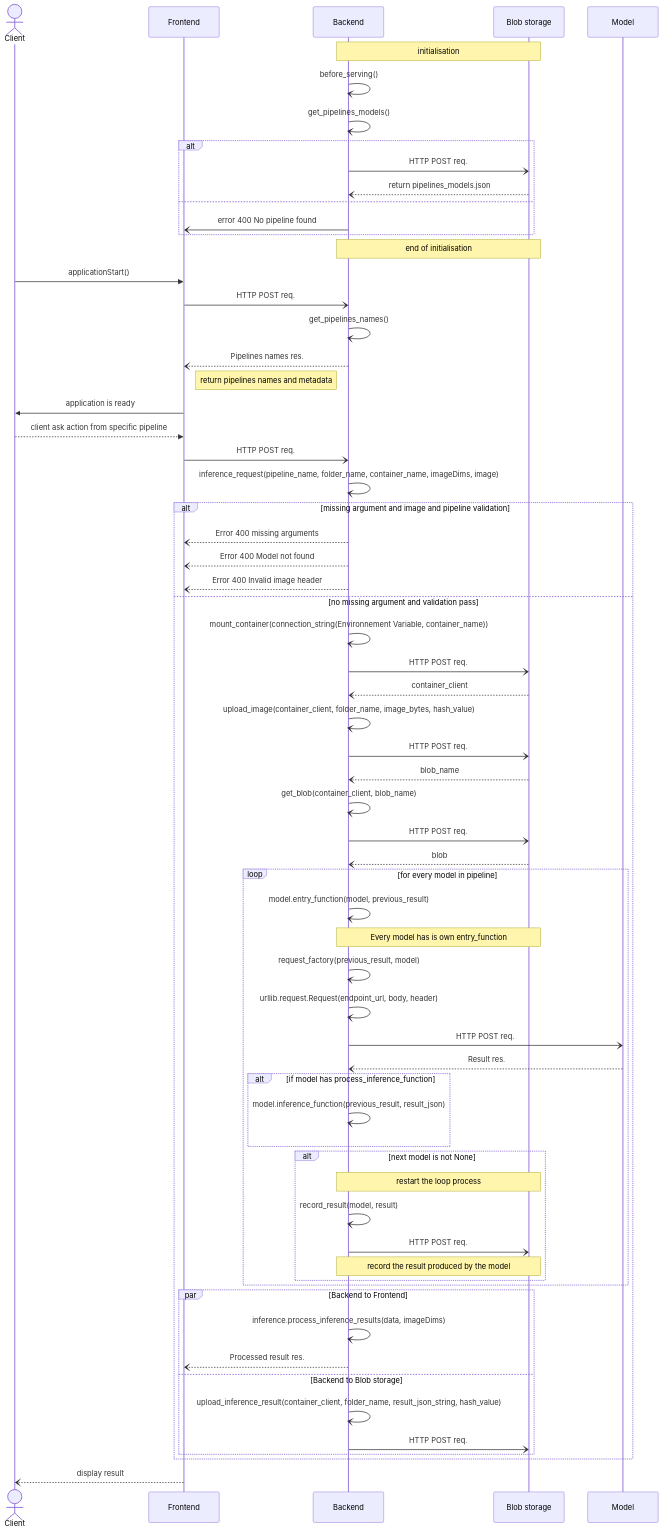
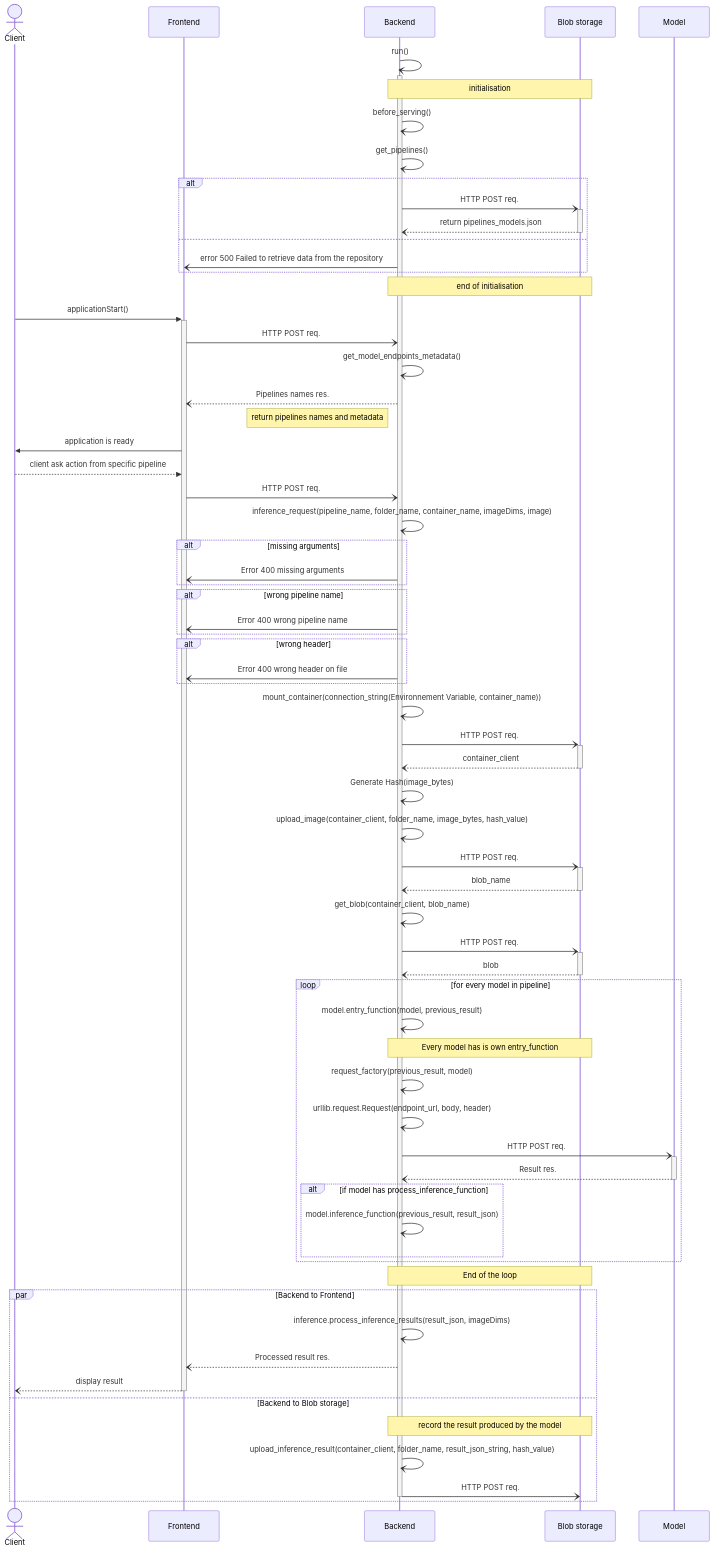
One commit to ai-cfia/nachet-backend changed the second of 2 diagrams in docs/nachet-inference-documentation.md. Above: the diagram before and after it, drawn with Mermaid. The commit also changed other lines of this file and 3 other files, not shown here.

First line of the commit message:
fixes #51: Update sequence diagram to reflect change in code

````diff
--- a/docs/nachet-inference-documentation.md
+++ b/docs/nachet-inference-documentation.md
@@ -59,76 +59,77 @@
 ```mermaid
 sequenceDiagram
 
     actor Client
     participant Frontend
     participant Backend
     participant Blob storage
     participant Model
 
+    Backend-)+Backend: run()
     Note over Backend,Blob storage: initialisation
     Backend-)Backend: before_serving()
-    Backend-)Backend: get_pipelines_models()
+    Backend-)Backend: get_pipelines()
     alt
-    Backend-)Blob storage: HTTP POST req.
-    Blob storage--)Backend: return pipelines_models.json
+    Backend-)+Blob storage: HTTP POST req.
+    Blob storage--)-Backend: return pipelines_models.json
     else
-    Backend-)Frontend: error 400 No pipeline found
+    Backend-)Frontend: error 500 Failed to retrieve data from the repository
     end
     Note over Backend,Blob storage: end of initialisation
    
-    Client->>Frontend: applicationStart()
+    Client->>+Frontend: applicationStart()
     Frontend-)Backend: HTTP POST req.
-    Backend-)Backend: get_pipelines_names()
+    Backend-)Backend: get_model_endpoints_metadata()
     Backend--)Frontend: Pipelines names res.
     Note left of Backend: return pipelines names and metadata
 
     Frontend->>Client: application is ready
     Client-->>Frontend: client ask action from specific pipeline
     Frontend-)Backend: HTTP POST req.
     Backend-)Backend: inference_request(pipeline_name, folder_name, container_name, imageDims, image)
-    alt missing argument and image and pipeline validation
-        Backend--)Frontend: Error 400 missing arguments
-        Backend--)Frontend: Error 400 Model not found
-        Backend--)Frontend: Error 400 Invalid image header
-    else no missing argument and validation pass
-        Backend-)Backend: mount_container(connection_string(Environnement Variable, container_name))
-        Backend-)Blob storage: HTTP POST req.
-        Blob storage--)Backend: container_client
-        
-        Backend-)Backend: upload_image(container_client, folder_name, image_bytes, hash_value)
-        Backend-)Blob storage: HTTP POST req.
-        Blob storage--)Backend: blob_name
+    alt missing arguments
+    Backend-)Frontend: Error 400 missing arguments
+    end
+    alt wrong pipeline name
+    Backend-)Frontend: Error 400 wrong pipeline name
+    end
+    alt wrong header
+    Backend-)Frontend: Error 400 wrong header on file
+    end
 
-        Backend-)Backend: get_blob(container_client, blob_name)
-        Backend-)Blob storage: HTTP POST req.
-        Blob storage--)Backend: blob
+    Backend-)Backend: mount_container(connection_string(Environnement Variable, container_name))
+    Backend-)+Blob storage: HTTP POST req.
+    Blob storage--)-Backend: container_client
+    
+    Backend-)Backend: Generate Hash(image_bytes)
 
-        loop for every model in pipeline
-            Backend-)Backend: model.entry_function(model, previous_result)
-            note over Backend, Blob storage: Every model has is own entry_function
-            Backend-)Backend: request_factory(previous_result, model)
-            Backend-)Backend: urllib.request.Request(endpoint_url, body, header)
-            Backend-)Model: HTTP POST req.
-            Model--)Backend: Result res.
-            alt if model has process_inference_function
-                Backend-) Backend: model.inference_function(previous_result, result_json)
-            end
-            alt next model is not None
-                note over Backend, Blob storage: restart the loop process
-                Backend-)Backend: record_result(model, result)
-                Backend-)Blob storage: HTTP POST req.
-                note over Backend, Blob storage: record the result produced by the model
+    Backend-)Backend: upload_image(container_client, folder_name, image_bytes, hash_value)
+    Backend-)+Blob storage: HTTP POST req.
+    Blob storage--)-Backend: blob_name
 
-            end
-        end
-        
-        par Backend to Frontend
-            Backend-)Backend: inference.process_inference_results(data, imageDims)
-            Backend--)Frontend: Processed result res.
-        and Backend to Blob storage
-            Backend-)Backend: upload_inference_result(container_client, folder_name, result_json_string, hash_value)
-            Backend-)Blob storage: HTTP POST req.
+    Backend-)Backend: get_blob(container_client, blob_name)
+    Backend-)+Blob storage: HTTP POST req.
+    Blob storage--)-Backend: blob
+
+    loop for every model in pipeline
+        Backend-)Backend: model.entry_function(model, previous_result)
+        note over Backend, Blob storage: Every model has is own entry_function
+        Backend-)Backend: request_factory(previous_result, model)
+        Backend-)Backend: urllib.request.Request(endpoint_url, body, header)
+        Backend-)+Model: HTTP POST req.
+        Model--)-Backend: Result res.
+        alt if model has process_inference_function
+            Backend-) Backend: model.inference_function(previous_result, result_json)
         end
     end
-    Frontend--)Client: display result
+    note over Backend, Blob storage: End of the loop
+    par Backend to Frontend
+        Backend-)Backend: inference.process_inference_results(result_json, imageDims)
+        Backend--)Frontend: Processed result res.
+        Frontend--)-Client: display result
+    and Backend to Blob storage
+        note over Backend, Blob storage: record the result produced by the model
+        Backend-)Backend: upload_inference_result(container_client, folder_name, result_json_string, hash_value)
+        Backend-)-Blob storage: HTTP POST req.
+    end
 ```
````
